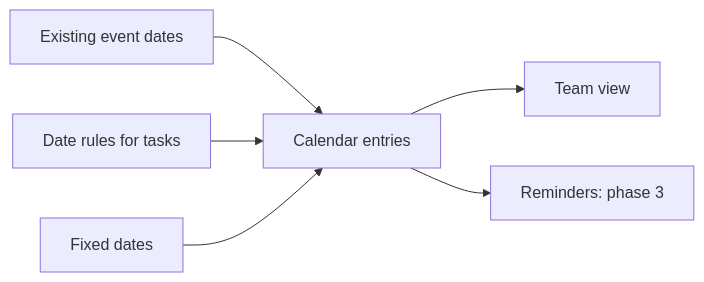
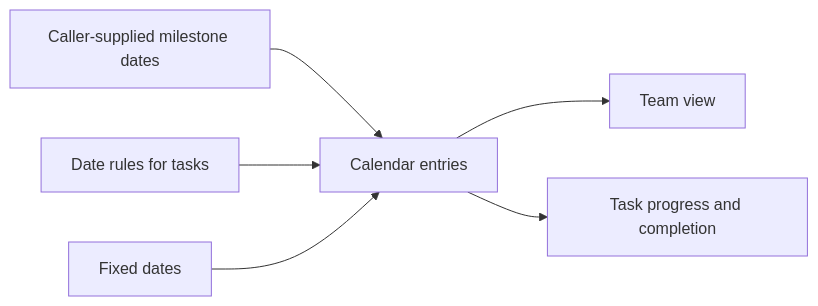
The third of 13 diagrams in docs/design/event-calendar.md (TonyFlury/GarageSale), drawn with Mermaid before and after one commit. The commit also changed other lines of this file, not shown here.

````diff
--- a/docs/design/event-calendar.md
+++ b/docs/design/event-calendar.md
@@ -242,8 +235,8 @@
 ```mermaid
 flowchart LR
-    A[Existing event dates] --> C[Calendar entries]
+    A[Caller-supplied milestone dates] --> C[Calendar entries]
     B[Date rules for tasks] --> C
     H[Fixed dates] --> C
     C --> D[Team view]
-    C --> F[Reminders: phase 3]
+    C --> F[Task progress and completion]
 ```
````
